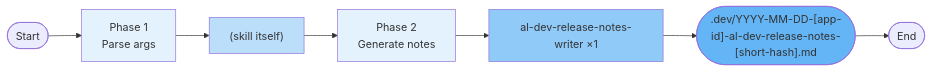
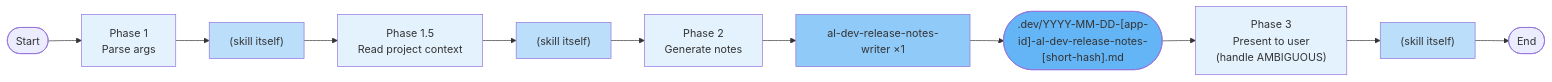
Diagram 14 of 24 in docs/al-dev-skills-map.md (russell-laing/al-dev-shared), drawn with Mermaid before and after one commit. The commit also changed other lines of this file and 1 other file, not shown here.

````diff
--- a/docs/al-dev-skills-map.md
+++ b/docs/al-dev-skills-map.md
@@ -412,15 +469,23 @@
 ```mermaid
 flowchart LR
     Start([Start]) --> Phase1["Phase 1<br/>Parse args"]
     Phase1 --> SkillWork1["(skill itself)"]
-    SkillWork1 --> Phase2["Phase 2<br/>Generate notes"]
+    SkillWork1 --> Phase15["Phase 1.5<br/>Read project context"]
+    Phase15 --> SkillWork15["(skill itself)"]
+    SkillWork15 --> Phase2["Phase 2<br/>Generate notes"]
     Phase2 --> Agent1["al-dev-release-notes-writer ×1"]
     Agent1 --> Output1([".dev/YYYY-MM-DD-[app-id]-al-dev-release-notes-[short-hash].md"])
-    Output1 --> End([End])
+    Output1 --> Phase3["Phase 3<br/>Present to user<br/>(handle AMBIGUOUS)"]
+    Phase3 --> SkillWork3["(skill itself)"]
+    SkillWork3 --> End([End])
 
     style Phase1 fill:#e3f2fd
+    style Phase15 fill:#e3f2fd
     style Phase2 fill:#e3f2fd
+    style Phase3 fill:#e3f2fd
     style SkillWork1 fill:#bbdefb
+    style SkillWork15 fill:#bbdefb
+    style SkillWork3 fill:#bbdefb
     style Agent1 fill:#90caf9
     style Output1 fill:#64b5f6
 ```
````
